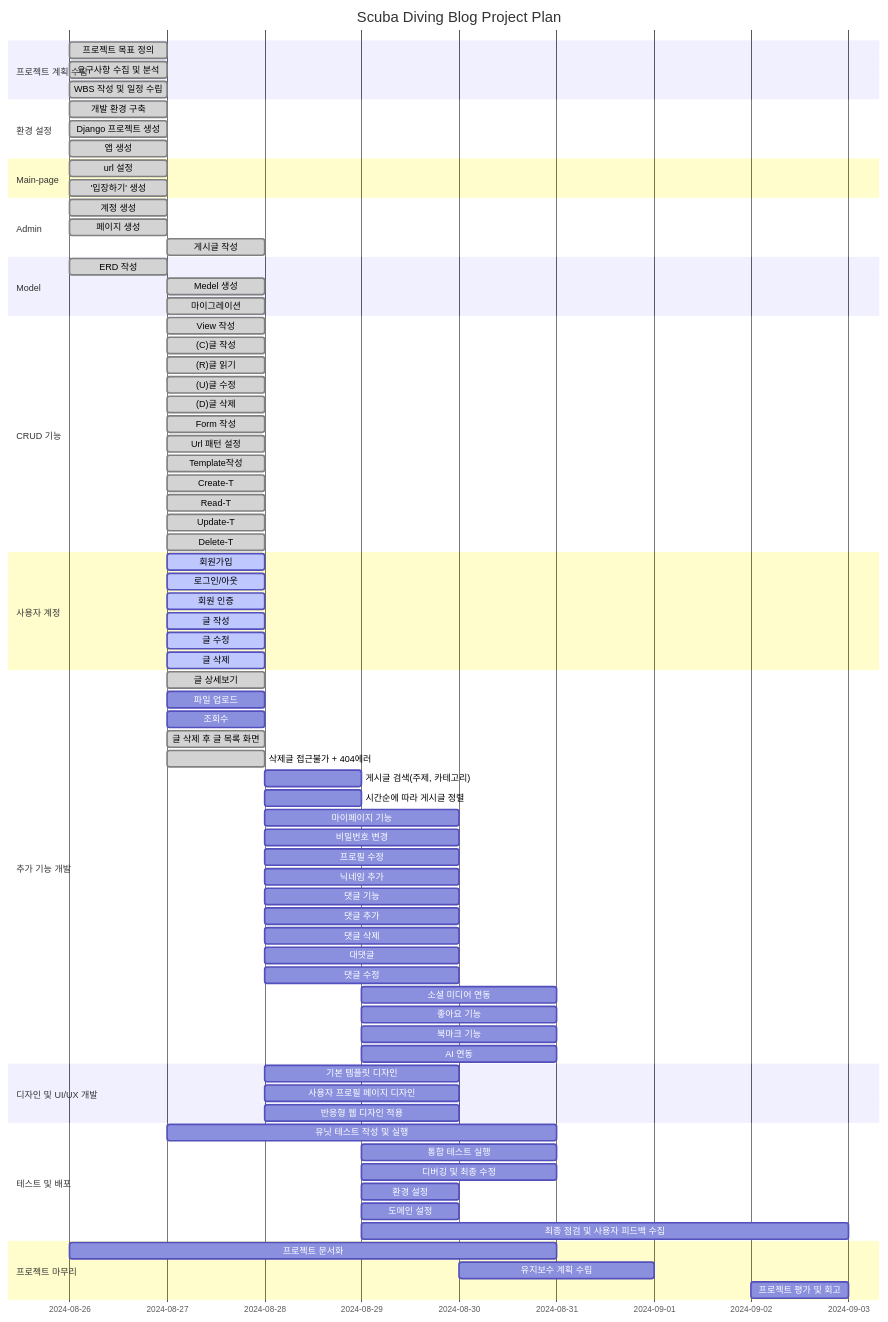
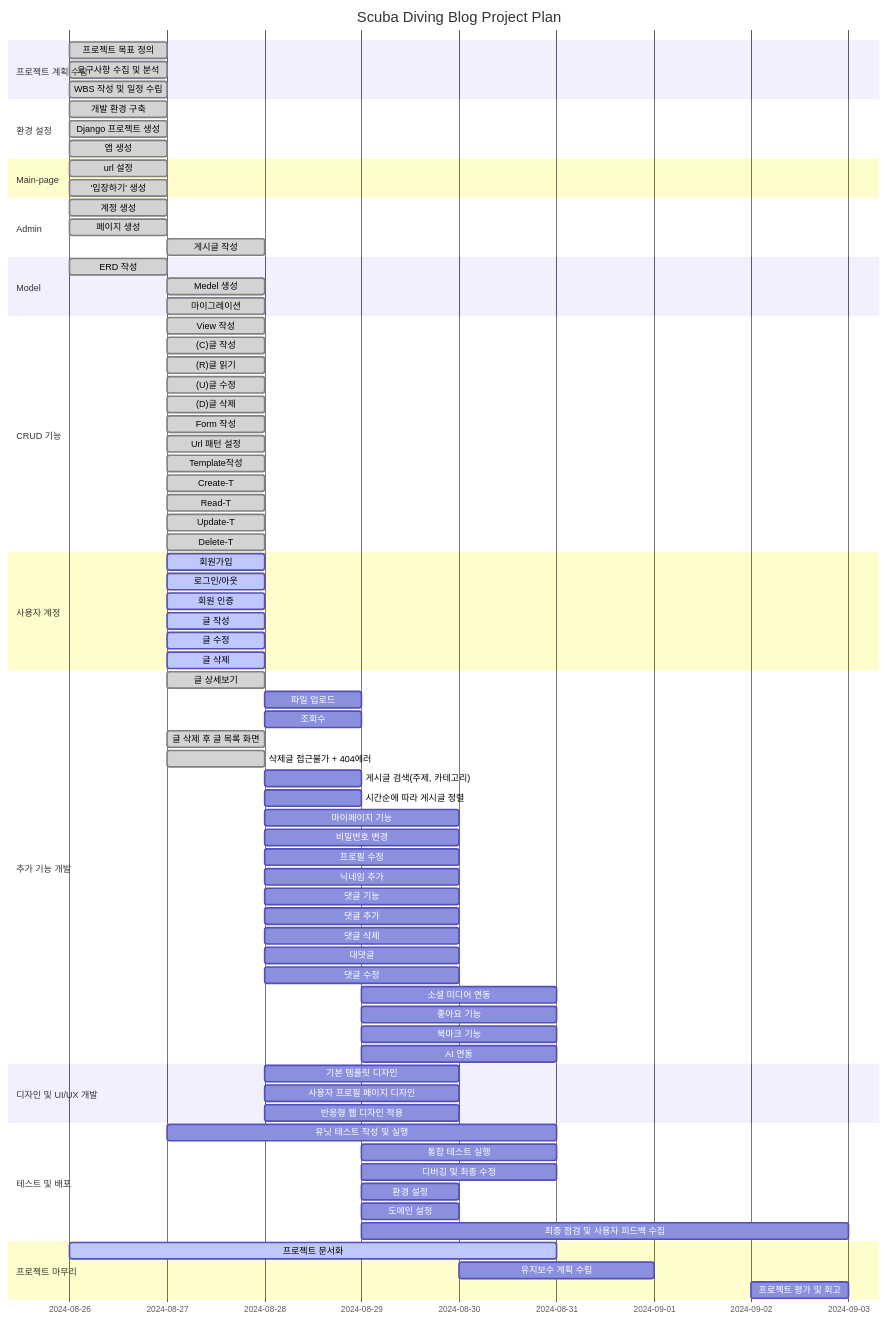
The first of 3 diagrams in README.md (heeeee-github/travel_blog), drawn with Mermaid before and after one commit. The commit also changed 30 other files, not shown here.

````diff
--- a/README.md
+++ b/README.md
@@ -77,8 +77,8 @@
 
     section 추가 기능 개발
     글 상세보기                   : done, g1, 2024-08-27, 1d
-    파일 업로드                   : g2, 2024-08-27, 1d
-    조회수                      : g3, 2024-08-27, 1d
+    파일 업로드                   : g2, 2024-08-28, 1d
+    조회수                      : g3, 2024-08-28, 1d
     글 삭제 후 글 목록 화면      : done, g4, 2024-08-27, 1d
     삭제글 접근불가 + 404에러   : done, g5, 2024-08-27, 1d
     게시글 검색(주제, 카테고리)   : g6, 2024-08-28, 1d
@@ -112,7 +112,7 @@
     최종 점검 및 사용자 피드백 수집     : i6, 2024-08-29, 5d
 
     section 프로젝트 마무리
-    프로젝트 문서화                : j1, 2024-08-26, 5d
+    프로젝트 문서화                : active, j1, 2024-08-26, 5d
     유지보수 계획 수립             : j2, 2024-08-30, 2d
     프로젝트 평가 및 회고         : j3, 2024-09-02, 1d
 ```
````
